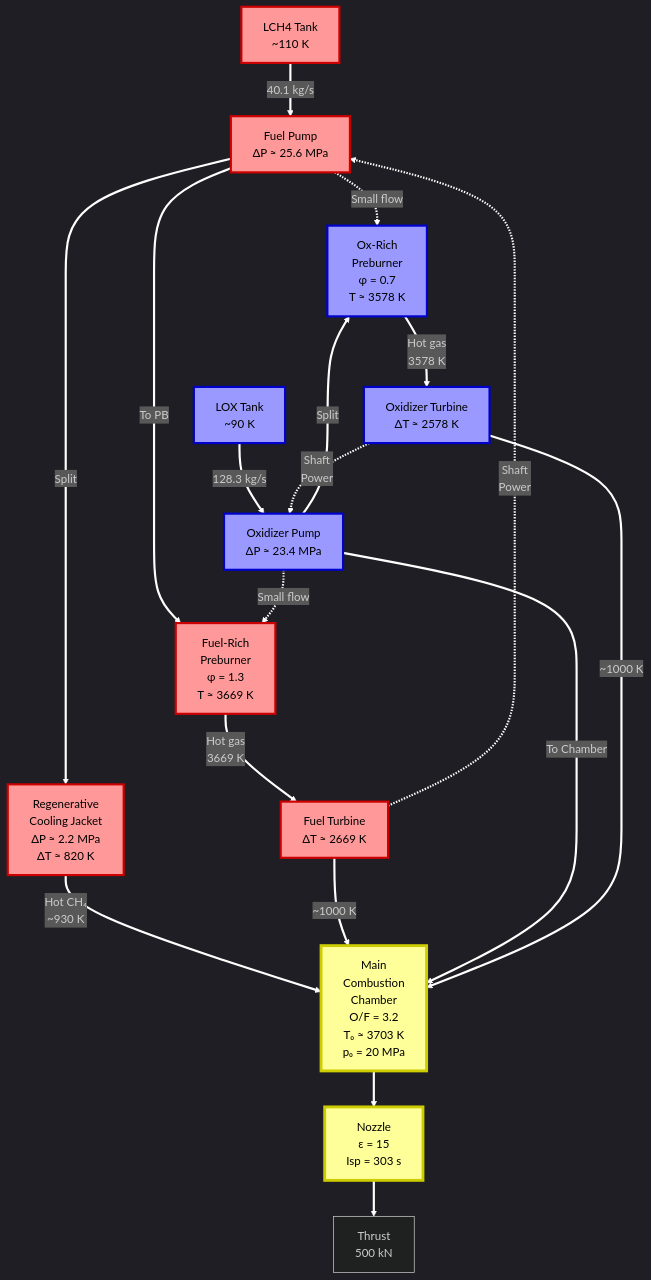
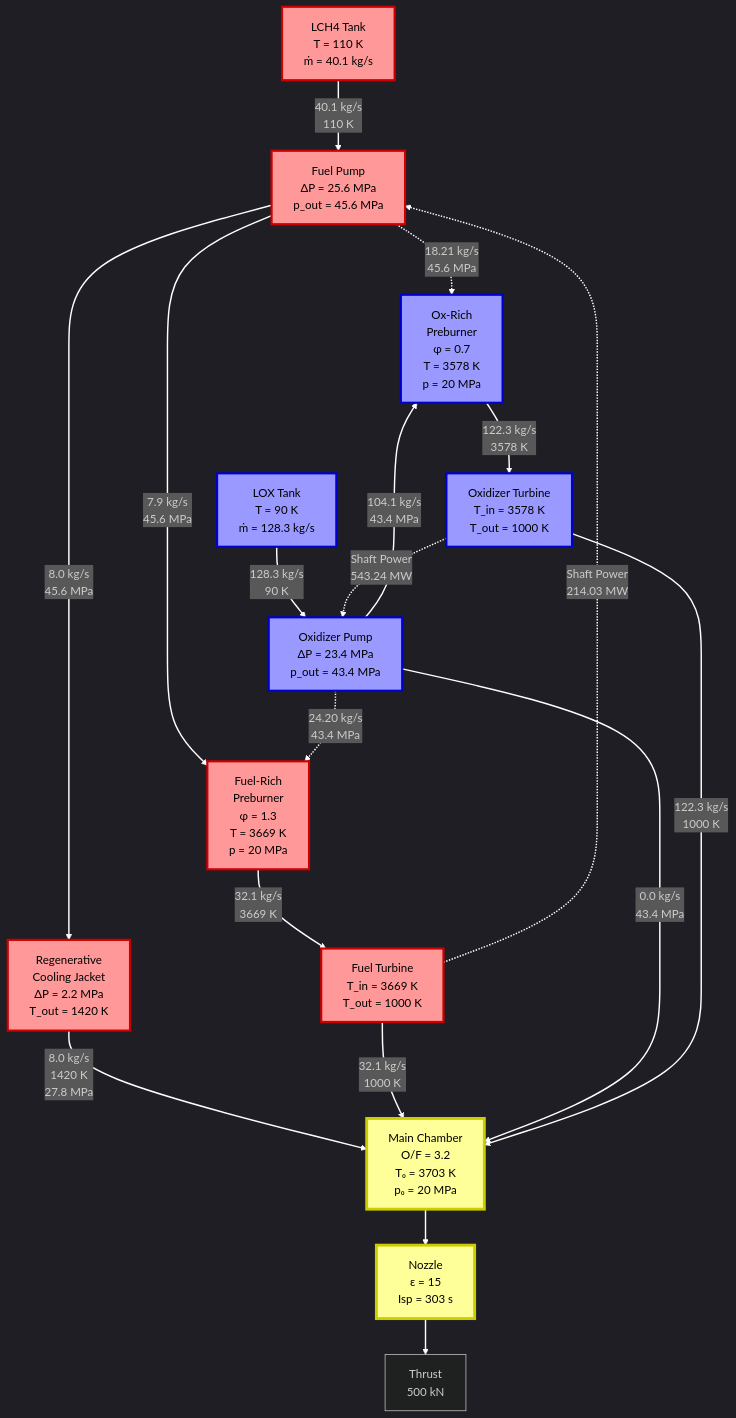
Before and after one commit to davetew/Modern-Aerospace-Propulsion: the diagram in Week 13 - Solid Chemical, Electric & Nuclear Propulsion Systems/Models/ffsc_schematic.mmd, drawn with Mermaid. The commit also changed 33 other files, not shown here.

```diff
--- a/Week 13 - Solid Chemical, Electric & Nuclear Propulsion Systems/Models/ffsc_schematic.mmd
+++ b/Week 13 - Solid Chemical, Electric & Nuclear Propulsion Systems/Models/ffsc_schematic.mmd
@@ -1,51 +1,61 @@
 %%{init: {'theme':'dark','themeVariables': {'lineColor':'#ffffff','primaryTextColor':'#ffffff'}}}%%
 graph TB
     %% Fuel side (left)
-    LCH4[LCH4 Tank<br/>~110 K]
-    FuelPump[Fuel Pump<br/>ΔP ≈ 25.6 MPa]
-    FuelPB[Fuel-Rich<br/>Preburner<br/>φ = 1.3<br/>T ≈ 3669 K]
-    FuelTurb[Fuel Turbine<br/>ΔT ≈ 2669 K]
+    LCH4[LCH4 Tank<br/>T = 110 K<br/>ṁ = 40.1 kg/s]
+    FuelPump[Fuel Pump<br/>ΔP = 25.6 MPa<br/>p_out = 45.6 MPa]
+    FuelPB[Fuel-Rich<br/>Preburner<br/>φ = 1.3<br/>T = 3669 K<br/>p = 20 MPa]
+    FuelTurb[Fuel Turbine<br/>T_in = 3669 K<br/>T_out = 1000 K]
+
     %% Oxidizer side (right)
-    LOX[LOX Tank<br/>~90 K]
-    OxPump[Oxidizer Pump<br/>ΔP ≈ 23.4 MPa]
-    OxPB[Ox-Rich<br/>Preburner<br/>φ = 0.7<br/>T ≈ 3578 K]
-    OxTurb[Oxidizer Turbine<br/>ΔT ≈ 2578 K]
+    LOX[LOX Tank<br/>T = 90 K<br/>ṁ = 128.3 kg/s]
+    OxPump[Oxidizer Pump<br/>ΔP = 23.4 MPa<br/>p_out = 43.4 MPa]
+    OxPB[Ox-Rich<br/>Preburner<br/>φ = 0.7<br/>T = 3578 K<br/>p = 20 MPa]
+    OxTurb[Oxidizer Turbine<br/>T_in = 3578 K<br/>T_out = 1000 K]
+
     %% Cooling system
-    Jacket[Regenerative<br/>Cooling Jacket<br/>ΔP ≈ 2.2 MPa<br/>ΔT ≈ 820 K]
+    Jacket[Regenerative<br/>Cooling Jacket<br/>ΔP = 2.2 MPa<br/>T_out = 1420 K]
+
     %% Combustion chamber
-    Chamber[Main<br/>Combustion<br/>Chamber<br/>O/F = 3.2<br/>T₀ ≈ 3703 K<br/>p₀ = 20 MPa]
+    Chamber[Main Chamber<br/>O/F = 3.2<br/>T₀ = 3703 K<br/>p₀ = 20 MPa]
     Nozzle[Nozzle<br/>ε = 15<br/>Isp = 303 s]
     Thrust[Thrust<br/>500 kN]
-    %% Fuel flow path
-    LCH4 -->|40.1 kg/s| FuelPump
-    FuelPump -->|Split| Jacket
-    FuelPump -->|To PB| FuelPB
-    Jacket -->|Hot CH₄<br/>~930 K| Chamber
-    %% Small amount of LOX to fuel preburner
-    OxPump -.->|Small flow| FuelPB
-    FuelPB -->|Hot gas<br/>3669 K| FuelTurb
-    FuelTurb -->|~1000 K| Chamber
-    %% Oxidizer flow path  
-    LOX -->|128.3 kg/s| OxPump
-    OxPump -->|Split| OxPB
-    OxPump -->|To Chamber| Chamber
-    %% Small amount of CH₄ to ox preburner
-    FuelPump -.->|Small flow| OxPB
-    OxPB -->|Hot gas<br/>3578 K| OxTurb
-    OxTurb -->|~1000 K| Chamber
+
+    %% Fuel flow paths
+    LCH4 -->|40.1 kg/s<br/>110 K| FuelPump
+    FuelPump -->|8.0 kg/s<br/>45.6 MPa| Jacket
+    FuelPump -->|7.9 kg/s<br/>45.6 MPa| FuelPB
+    Jacket -->|8.0 kg/s<br/>1420 K<br/>27.8 MPa| Chamber
+
+    %% Oxidizer to fuel preburner
+    OxPump -.->|24.20 kg/s<br/>43.4 MPa| FuelPB
+    FuelPB -->|32.1 kg/s<br/>3669 K| FuelTurb
+    FuelTurb -->|32.1 kg/s<br/>1000 K| Chamber
+
+    %% Oxidizer flow paths
+    LOX -->|128.3 kg/s<br/>90 K| OxPump
+    OxPump -->|104.1 kg/s<br/>43.4 MPa| OxPB
+    OxPump -->|0.0 kg/s<br/>43.4 MPa| Chamber
+
+    %% Fuel to ox preburner
+    FuelPump -.->|18.21 kg/s<br/>45.6 MPa| OxPB
+    OxPB -->|122.3 kg/s<br/>3578 K| OxTurb
+    OxTurb -->|122.3 kg/s<br/>1000 K| Chamber
+
     %% Power transmission (mechanical coupling)
-    FuelTurb -.->|Shaft<br/>Power| FuelPump
-    OxTurb -.->|Shaft<br/>Power| OxPump
+    FuelTurb -.->|Shaft Power<br/>214.03 MW| FuelPump
+    OxTurb -.->|Shaft Power<br/>543.24 MW| OxPump
+
     %% Exhaust
     Chamber --> Nozzle
     Nozzle --> Thrust
+
     %% Styling
     classDef fuel fill:#ff9999,stroke:#cc0000,stroke-width:3px,color:#000000
     classDef ox fill:#9999ff,stroke:#0000cc,stroke-width:3px,color:#000000
     classDef hot fill:#ffcc99,stroke:#ff6600,stroke-width:3px,color:#000000
     classDef chamber fill:#ffff99,stroke:#cccc00,stroke-width:4px,color:#000000
     class LCH4,FuelPump,FuelPB,FuelTurb,Jacket fuel
     class LOX,OxPump,OxPB,OxTurb ox
     class Chamber,Nozzle chamber
 
-    linkStyle default stroke:#ffffff,stroke-width:3px
+    linkStyle default stroke:#ffffff,stroke-width:2px
```
